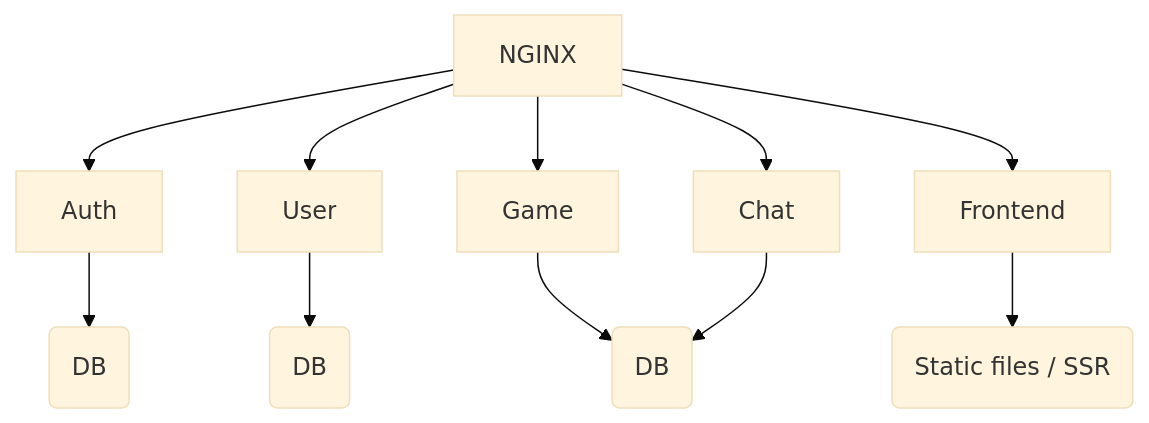
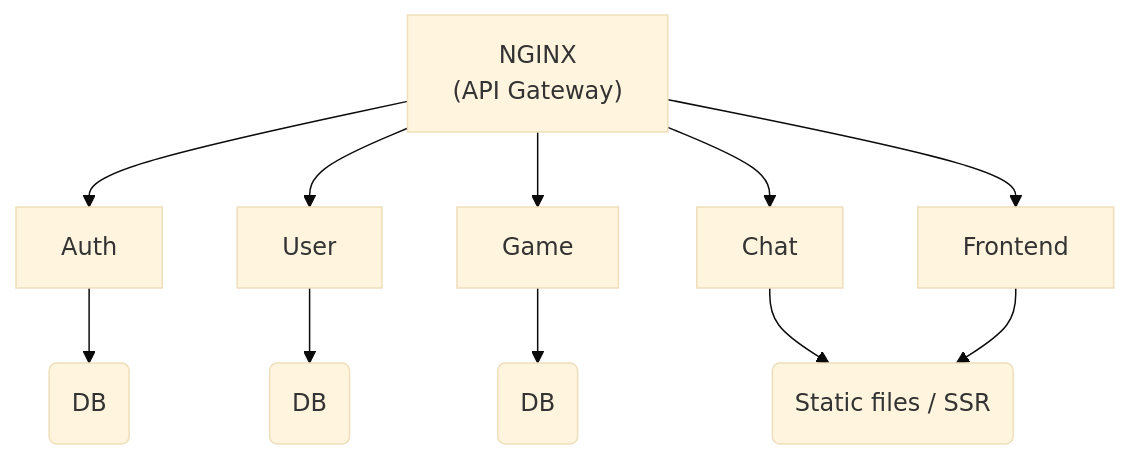
Before and after one commit to ccg-v/ft_transcendence: the diagram in docs/00_MODULE_SELECTION _+_MICROSERVICES_BREAKDOWN.md, drawn with Mermaid (base theme).

Commit message:
Documentation stuff

````diff
--- a/docs/00_MODULE_SELECTION _+_MICROSERVICES_BREAKDOWN.md
+++ b/docs/00_MODULE_SELECTION _+_MICROSERVICES_BREAKDOWN.md
@@ -3,8 +3,9 @@
 ```mermaid
 graph TD;
-    NGINX-->Auth-->A("DB");
+    NGINX["`NGINX
+    (API Gateway)`"]-->Auth-->A("DB");
     NGINX-->User-->B("DB");
    	NGINX-->Game-->C("DB");
-   	NGINX-->Chat-->C("DB");	
+   	NGINX-->Chat-->D("DB");	
     NGINX-->Frontend-->D("Static files / SSR");
 ```
````
